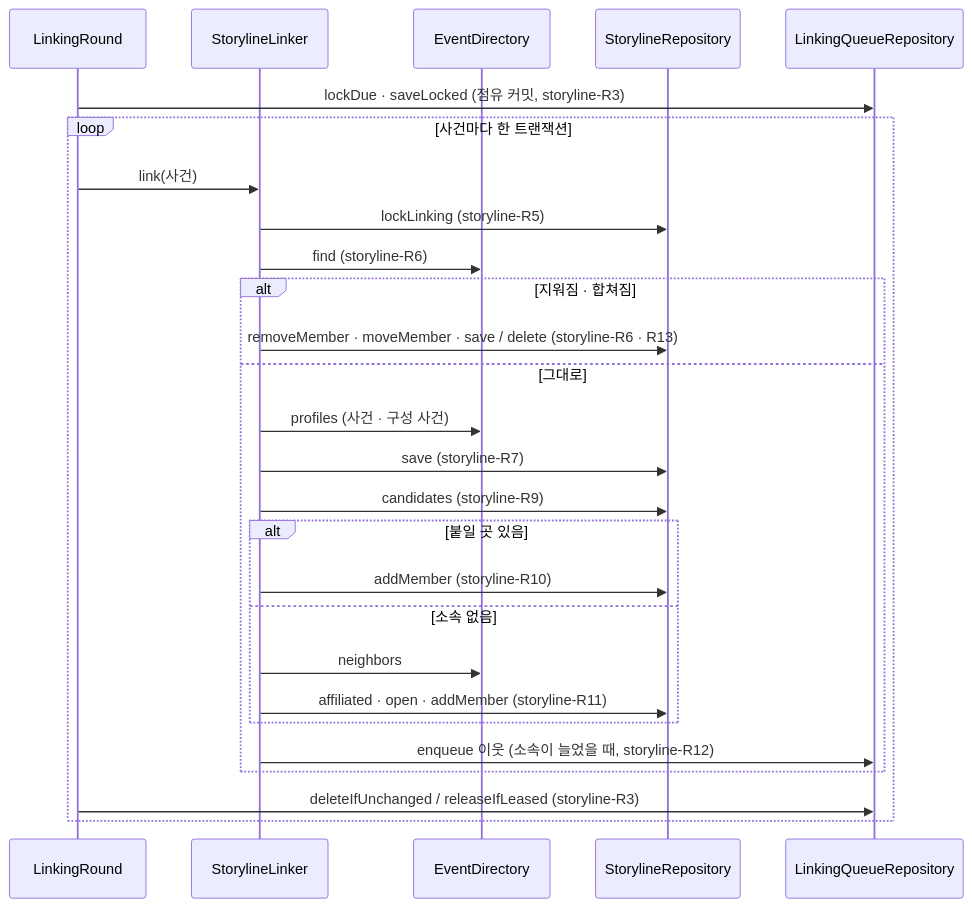
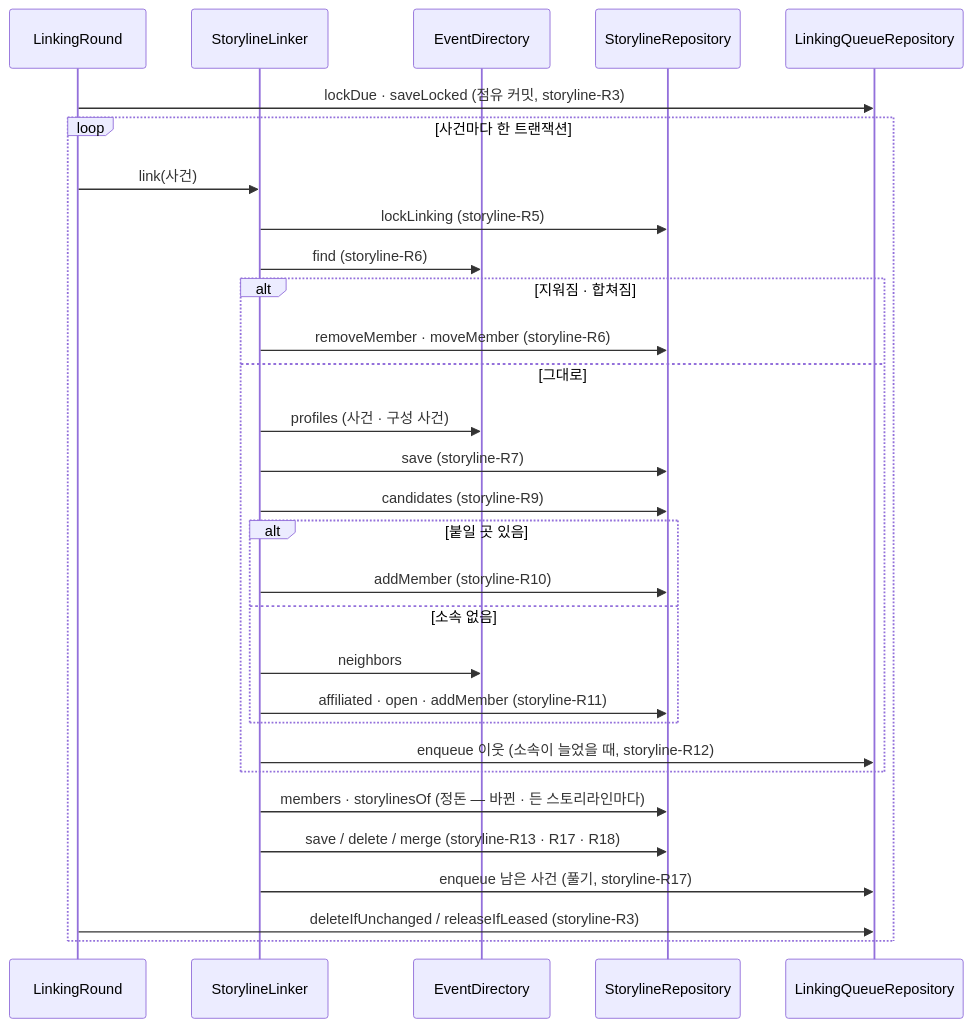
Before and after one commit to Theia0382/yozm-news: the diagram in docs/specs/storyline.md, drawn with Mermaid. The commit also changed other lines of this file and 12 other files, not shown here.

````diff
--- a/docs/specs/storyline.md
+++ b/docs/specs/storyline.md
@@ -101,29 +115,32 @@
 ```mermaid
 sequenceDiagram
     participant R as LinkingRound
     participant L as StorylineLinker
     participant D as EventDirectory
     participant S as StorylineRepository
     participant Q as LinkingQueueRepository
     R->>Q: lockDue · saveLocked (점유 커밋, storyline-R3)
     loop 사건마다 한 트랜잭션
         R->>L: link(사건)
         L->>S: lockLinking (storyline-R5)
         L->>D: find (storyline-R6)
         alt 지워짐 · 합쳐짐
-            L->>S: removeMember · moveMember · save / delete (storyline-R6 · R13)
+            L->>S: removeMember · moveMember (storyline-R6)
         else 그대로
             L->>D: profiles (사건 · 구성 사건)
             L->>S: save (storyline-R7)
             L->>S: candidates (storyline-R9)
             alt 붙일 곳 있음
                 L->>S: addMember (storyline-R10)
             else 소속 없음
                 L->>D: neighbors
                 L->>S: affiliated · open · addMember (storyline-R11)
             end
             L->>Q: enqueue 이웃 (소속이 늘었을 때, storyline-R12)
         end
+        L->>S: members · storylinesOf (정돈 — 바뀐 · 든 스토리라인마다)
+        L->>S: save / delete / merge (storyline-R13 · R17 · R18)
+        L->>Q: enqueue 남은 사건 (풀기, storyline-R17)
         R->>Q: deleteIfUnchanged / releaseIfLeased (storyline-R3)
     end
 ```
````
